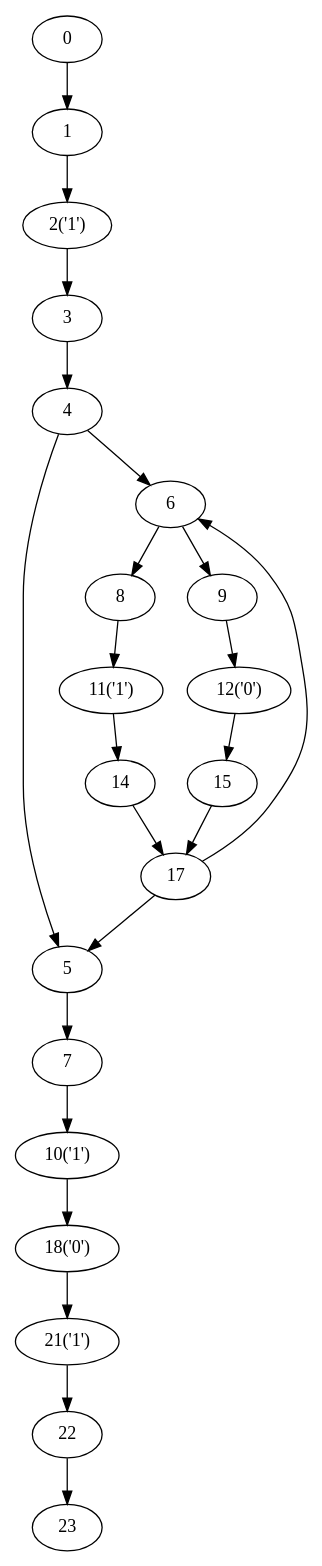
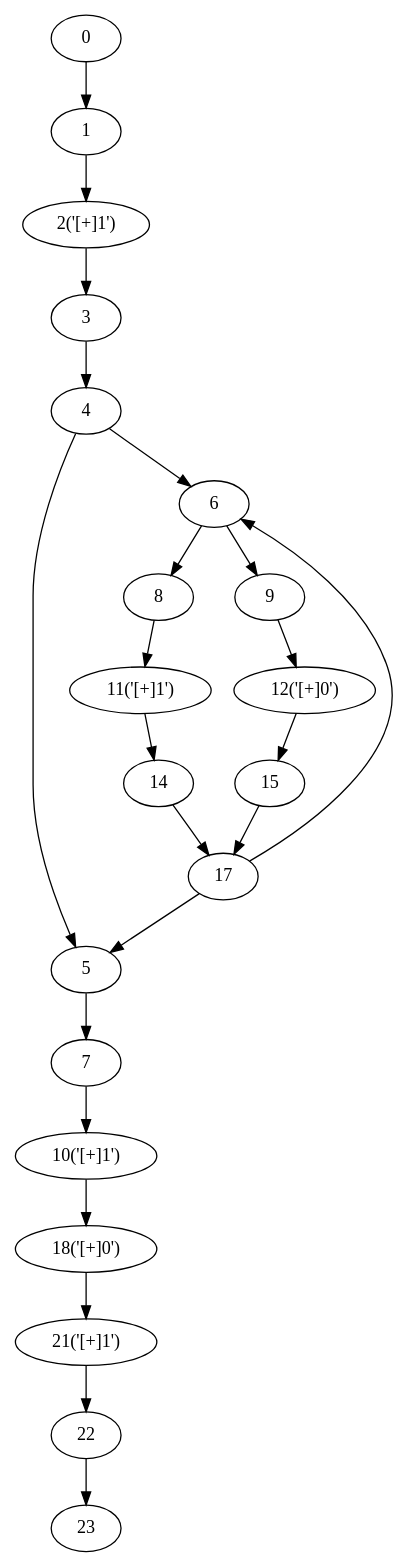
One commit to yyl-20020115/NRegEx changed the diagram in NRegex.Test/Graphs/TestMethod07.dot. Above: the diagram before and after it, drawn with Graphviz. The commit also changed 27 other files, not shown here.

```diff
--- a/NRegex.Test/Graphs/TestMethod07.dot
+++ b/NRegex.Test/Graphs/TestMethod07.dot
@@ -1,44 +1,44 @@
 digraph g {
 	0 ;
 	1 ;
-	2 [label="2('1')"];
+	2 [label="2('[+]1')"];
 	3 ;
 	4 ;
 	5 ;
 	6 ;
 	7 ;
 	8 ;
 	9 ;
-	10 [label="10('1')"];
-	11 [label="11('1')"];
-	12 [label="12('0')"];
+	10 [label="10('[+]1')"];
+	11 [label="11('[+]1')"];
+	12 [label="12('[+]0')"];
 	14 ;
 	15 ;
 	17 ;
-	18 [label="18('0')"];
-	21 [label="21('1')"];
+	18 [label="18('[+]0')"];
+	21 [label="21('[+]1')"];
 	22 ;
 	23 ;
 	0->1;
 	1->2;
 	2->3;
 	3->4;
 	4->5;
 	17->5;
 	4->6;
 	17->6;
 	5->7;
 	6->8;
 	6->9;
 	7->10;
 	8->11;
 	9->12;
 	11->14;
 	12->15;
 	14->17;
 	15->17;
 	10->18;
 	18->21;
 	21->22;
 	22->23;
 }
```
